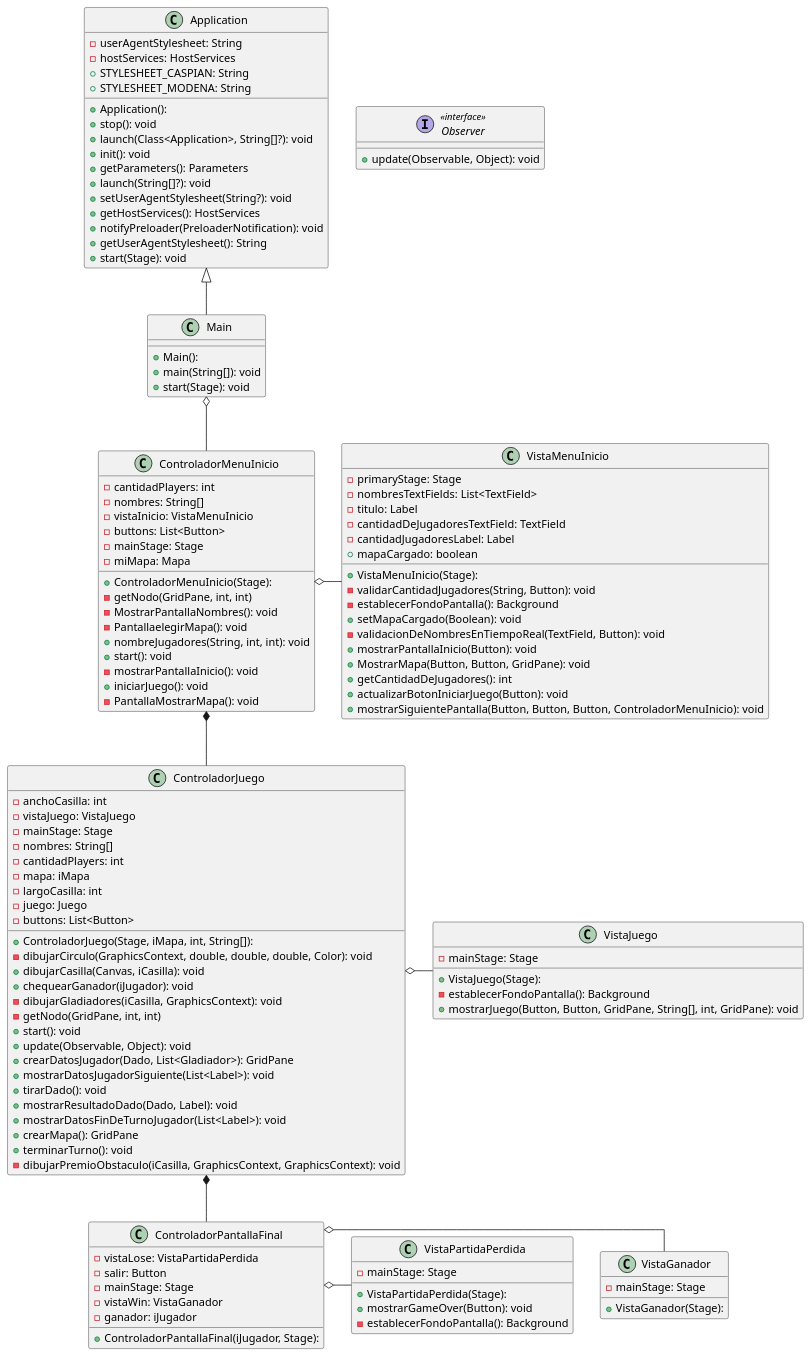
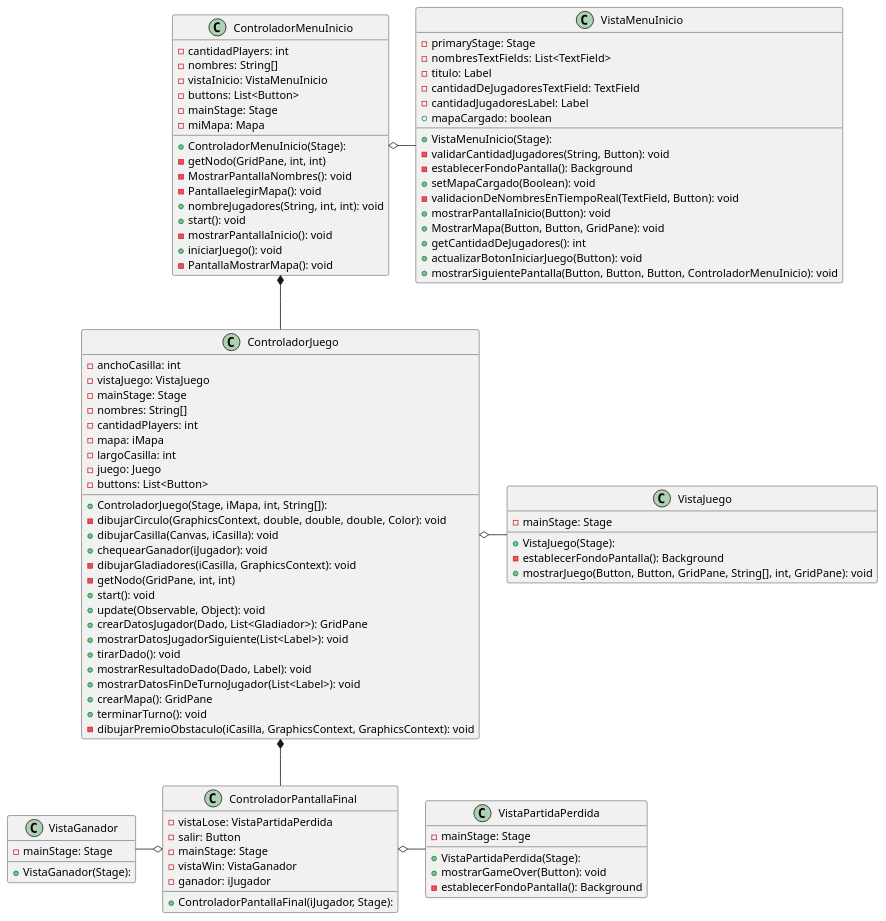
The diagram in diagrams/clases/diagramaControlaroesYVistas.puml (mcumskov/Algo3_tp2), drawn with PlantUML before and after one commit. The commit also changed 5 other files, not shown here.

Commit message:
diagramas

```diff
--- a/diagrams/clases/diagramaControlaroesYVistas.puml
+++ b/diagrams/clases/diagramaControlaroesYVistas.puml
@@ -1,136 +1,106 @@
 @startuml
 skinparam linetype ortho
 
-interface Observer << interface >> {
-  + update(Observable, Object): void
-}
 
 class ControladorJuego {
   + ControladorJuego(Stage, iMapa, int, String[]):
   - anchoCasilla: int
   - vistaJuego: VistaJuego
   - mainStage: Stage
   - nombres: String[]
   - cantidadPlayers: int
   - mapa: iMapa
   - largoCasilla: int
   - juego: Juego
   - buttons: List<Button>
   - dibujarCirculo(GraphicsContext, double, double, double, Color): void
   + dibujarCasilla(Canvas, iCasilla): void
   + chequearGanador(iJugador): void
   - dibujarGladiadores(iCasilla, GraphicsContext): void
   - getNodo(GridPane, int, int)
   + start(): void
   + update(Observable, Object): void
   + crearDatosJugador(Dado, List<Gladiador>): GridPane
   + mostrarDatosJugadorSiguiente(List<Label>): void
   + tirarDado(): void
   + mostrarResultadoDado(Dado, Label): void
   + mostrarDatosFinDeTurnoJugador(List<Label>): void
   + crearMapa(): GridPane
   + terminarTurno(): void
   - dibujarPremioObstaculo(iCasilla, GraphicsContext, GraphicsContext): void
 }
 
 class ControladorMenuInicio {
   + ControladorMenuInicio(Stage):
   - cantidadPlayers: int
   - nombres: String[]
   - vistaInicio: VistaMenuInicio
   - buttons: List<Button>
   - mainStage: Stage
   - miMapa: Mapa
   - getNodo(GridPane, int, int)
   - MostrarPantallaNombres(): void
   - PantallaelegirMapa(): void
   + nombreJugadores(String, int, int): void
   + start(): void
   - mostrarPantallaInicio(): void
   + iniciarJuego(): void
   - PantallaMostrarMapa(): void
-}
-
-
-class Application {
-  + Application():
-  - userAgentStylesheet: String
-  - hostServices: HostServices
-  + STYLESHEET_CASPIAN: String
-  + STYLESHEET_MODENA: String
-  + stop(): void
-  + launch(Class<Application>, String[]?): void
-  + init(): void
-  + getParameters(): Parameters
-  + launch(String[]?): void
-  + setUserAgentStylesheet(String?): void
-  + getHostServices(): HostServices
-  + notifyPreloader(PreloaderNotification): void
-  + getUserAgentStylesheet(): String
-  + start(Stage): void
-}
-class Main {
-  + Main():
-  + main(String[]): void
-  + start(Stage): void
 }
 
 
 class ControladorPantallaFinal {
   + ControladorPantallaFinal(iJugador, Stage):
   - vistaLose: VistaPartidaPerdida
   - salir: Button
   - mainStage: Stage
   - vistaWin: VistaGanador
   - ganador: iJugador
 }
 
 class VistaMenuInicio {
   + VistaMenuInicio(Stage):
   - primaryStage: Stage
   - nombresTextFields: List<TextField>
   - titulo: Label
   - cantidadDeJugadoresTextField: TextField
   - cantidadJugadoresLabel: Label
   + mapaCargado: boolean
   - validarCantidadJugadores(String, Button): void
   - establecerFondoPantalla(): Background
   + setMapaCargado(Boolean): void
   - validacionDeNombresEnTiempoReal(TextField, Button): void
   + mostrarPantallaInicio(Button): void
   + MostrarMapa(Button, Button, GridPane): void
   + getCantidadDeJugadores(): int
   + actualizarBotonIniciarJuego(Button): void
   + mostrarSiguientePantalla(Button, Button, Button, ControladorMenuInicio): void
 }
 
 class VistaJuego {
   + VistaJuego(Stage):
   - mainStage: Stage
   - establecerFondoPantalla(): Background
   + mostrarJuego(Button, Button, GridPane, String[], int, GridPane): void
 }
 
 class VistaGanador {
   + VistaGanador(Stage):
   - mainStage: Stage
 }
 
 class VistaPartidaPerdida {
   + VistaPartidaPerdida(Stage):
   - mainStage: Stage
   + mostrarGameOver(Button): void
   - establecerFondoPantalla(): Background
 }
 
-
- Application <|-- Main
- Main o-- ControladorMenuInicio
  ControladorMenuInicio *-- ControladorJuego
  ControladorJuego *-- ControladorPantallaFinal
  ControladorMenuInicio o- VistaMenuInicio
  ControladorJuego o- VistaJuego
- ControladorPantallaFinal o- VistaGanador
+ VistaGanador -o ControladorPantallaFinal
  ControladorPantallaFinal o- VistaPartidaPerdida
 
 @enduml
```
